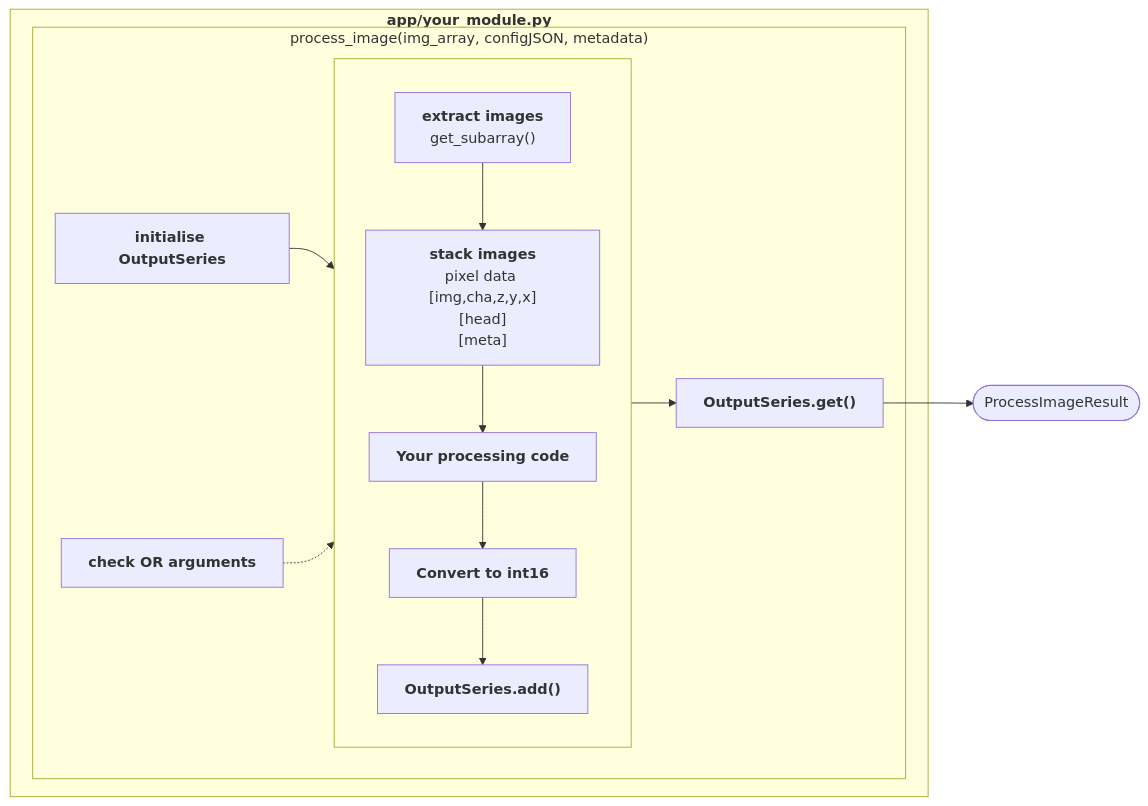
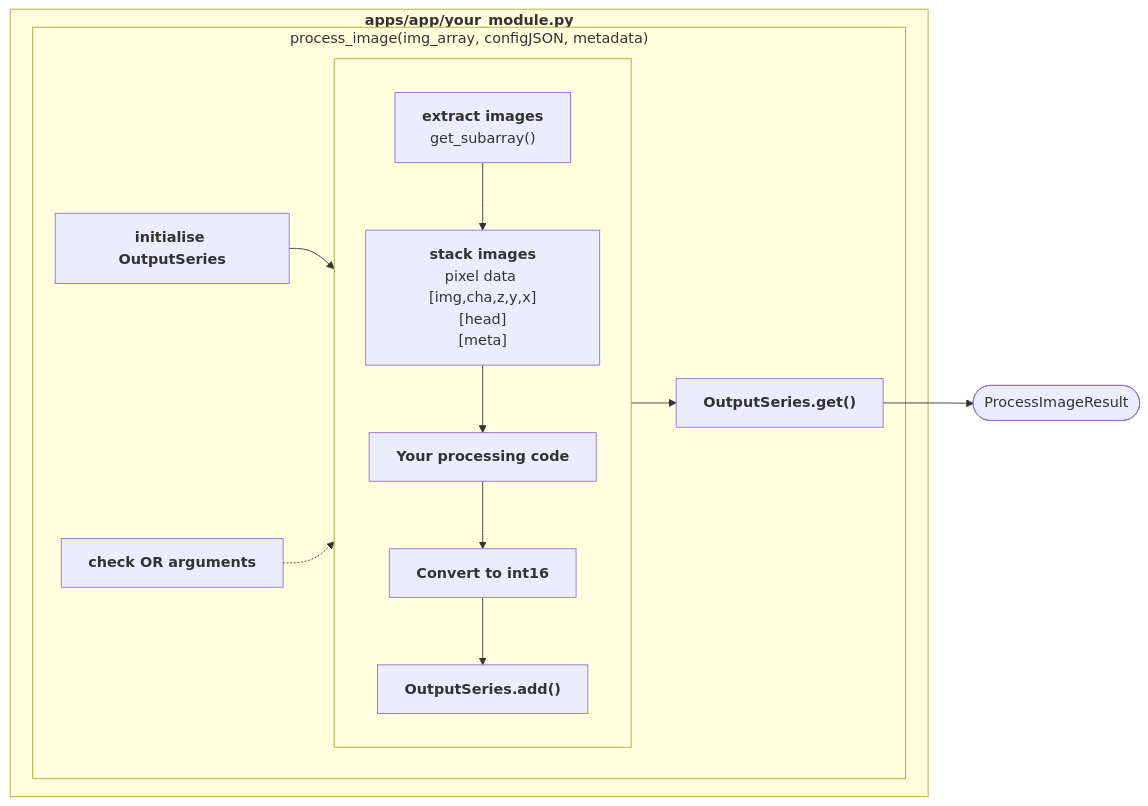
The second of 2 diagrams in README.md (benoitberanger/python-openrecon-server), drawn with Mermaid before and after one commit. The commit also changed other lines of this file and 15 other files, not shown here.

````diff
--- a/README.md
+++ b/README.md
@@ -72,31 +72,31 @@
 ```mermaid
 flowchart LR
 
-    subgraph app["`**app/your_module.py**`"]
+    subgraph app["`**apps/app/your_module.py**`"]
         subgraph process_image["process_image(img_array, configJSON, metadata)"]
 
             init_series["`**initialise OutputSeries**`"] --> process
             or_arg["`**check OR arguments**`"] -.-> process
 
             subgraph process[" "]
                 subarray["`**extract images**
                             get_subarray()`"]
                 stack["`**stack images**
                         pixel data [img,cha,z,y,x]
                         [head]
                         [meta]`"]
                 your_code["`**Your processing code**`"]
                 recast["`**Convert to int16**`"]
                 add["`**OutputSeries.add()**`"]
 
                 subarray --> stack --> your_code --> recast --> add
 
             end
         process --> get["`**OutputSeries.get()**`"]
         
         end
 
     end
 
     get --> output([ProcessImageResult])
 ```
````
